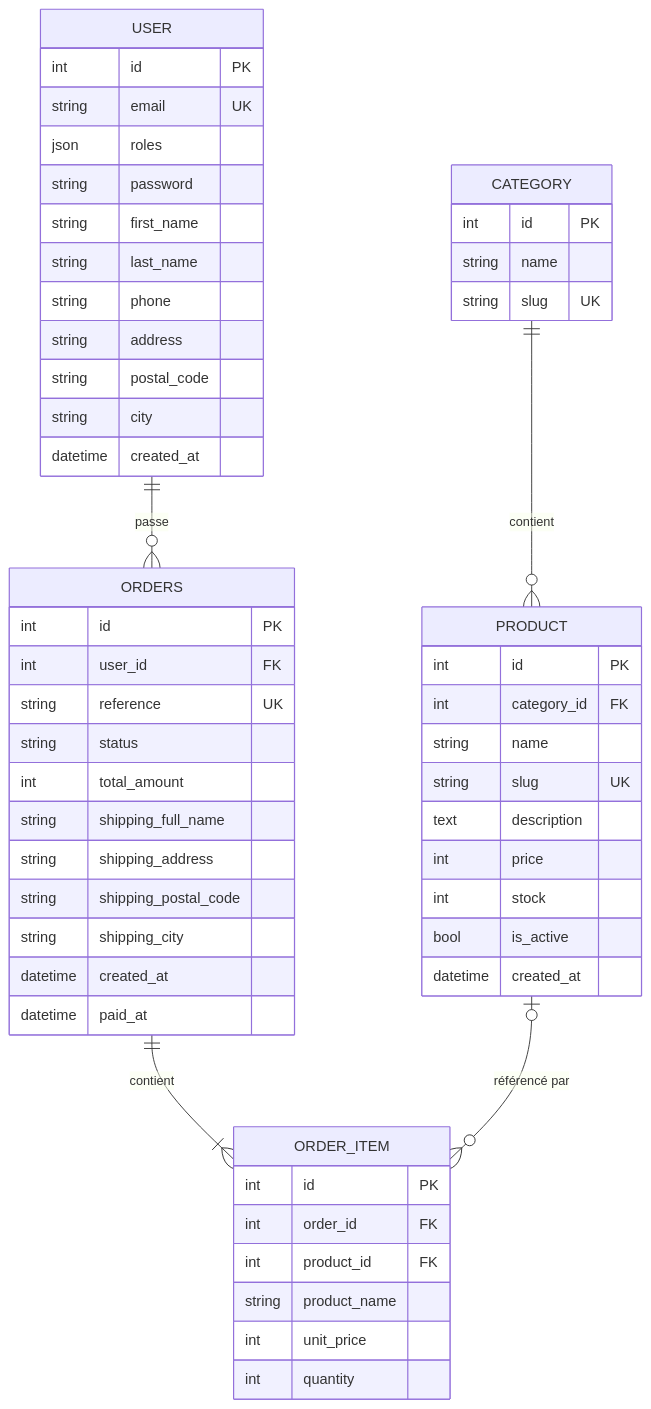
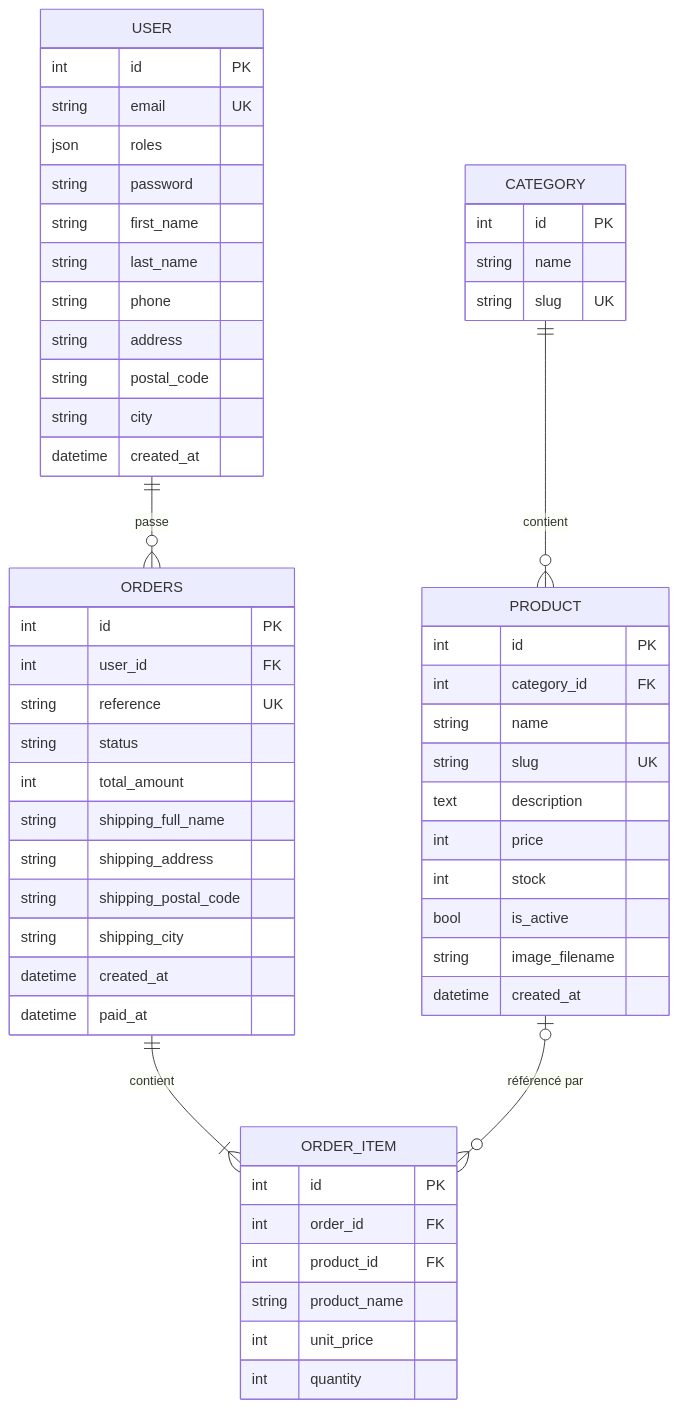
One commit to Math-Pav/e-commerce changed the diagram in docs/modele-de-donnees.md. Above: the diagram before and after it, drawn with Mermaid. The commit also changed other lines of this file and 2 other files, not shown here.

Commit message:
Ajoute la colonne facultative image_filename aux produits

````diff
--- a/docs/modele-de-donnees.md
+++ b/docs/modele-de-donnees.md
@@ -7,58 +7,59 @@
 ```mermaid
 erDiagram
     CATEGORY ||--o{ PRODUCT : contient
     USER ||--o{ ORDERS : passe
     ORDERS ||--|{ ORDER_ITEM : contient
     PRODUCT |o--o{ ORDER_ITEM : "référencé par"
 
     CATEGORY {
         int id PK
         string name
         string slug UK
     }
     PRODUCT {
         int id PK
         int category_id FK
         string name
         string slug UK
         text description
         int price
         int stock
         bool is_active
+        string image_filename
         datetime created_at
     }
     USER {
         int id PK
         string email UK
         json roles
         string password
         string first_name
         string last_name
         string phone
         string address
         string postal_code
         string city
         datetime created_at
     }
     ORDERS {
         int id PK
         int user_id FK
         string reference UK
         string status
         int total_amount
         string shipping_full_name
         string shipping_address
         string shipping_postal_code
         string shipping_city
         datetime created_at
         datetime paid_at
     }
     ORDER_ITEM {
         int id PK
         int order_id FK
         int product_id FK
         string product_name
         int unit_price
         int quantity
     }
 ```
````
